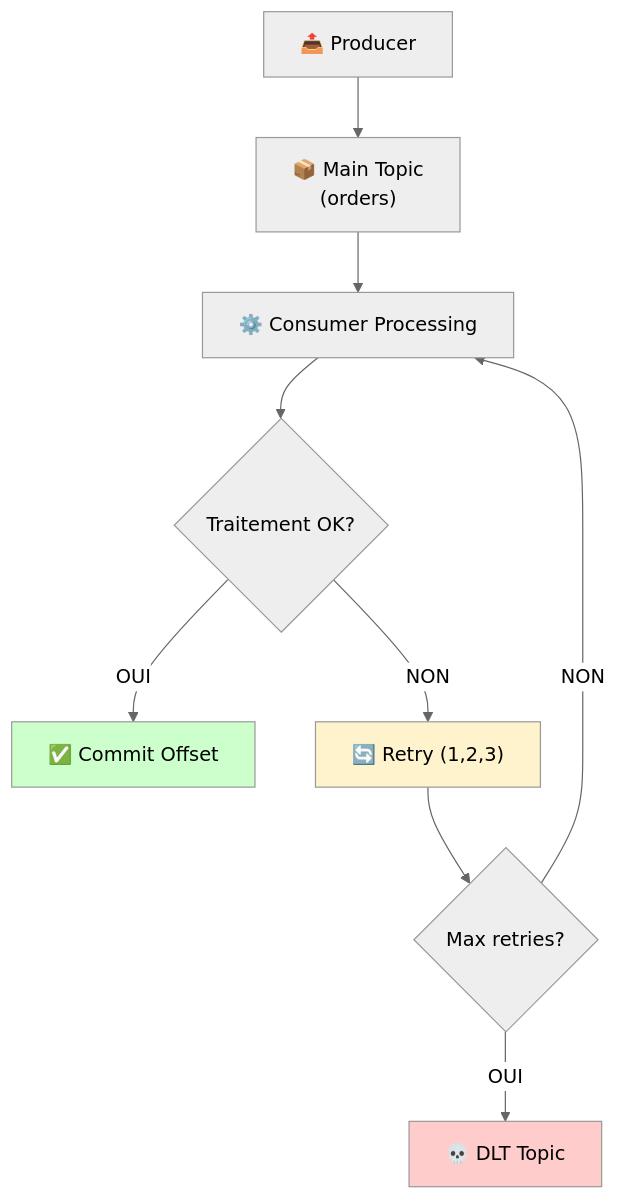
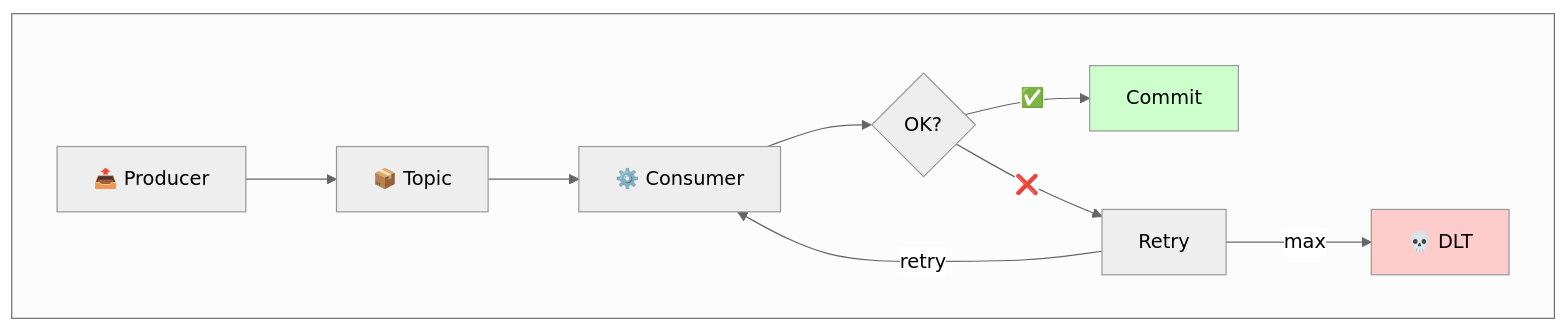
The first of 4 diagrams in formation-v2/day-02-development/module-04-advanced-patterns/README.md (msellamiTN/kafka-bhf), drawn with Mermaid (neutral theme) before and after one commit. The commit also changed other lines of this file and 4 other files, not shown here.

Commit message:
refactor: reorganize Mermaid diagrams - more compact and readable

````diff
--- a/formation-v2/day-02-development/module-04-advanced-patterns/README.md
+++ b/formation-v2/day-02-development/module-04-advanced-patterns/README.md
@@ -26,15 +26,15 @@
 ```mermaid
-flowchart TD
-    P["📤 Producer"] --> T["📦 Main Topic<br/>(orders)"]
-    T --> C["⚙️ Consumer Processing"]
-    C --> D{"Traitement OK?"}
-    D -->|OUI| CO["✅ Commit Offset"]
-    D -->|NON| R["🔄 Retry (1,2,3)"]
-    R --> MR{"Max retries?"}
-    MR -->|NON| C
-    MR -->|OUI| DLT["💀 DLT Topic"]
-    
+flowchart LR
+    subgraph flow[" "]
+        direction LR
+        P["📤 Producer"] --> T["📦 Topic"]
+        T --> C["⚙️ Consumer"]
+        C --> D{OK?}
+        D -->|✅| CO["Commit"]
+        D -->|❌| R["Retry"]
+        R -->|max| DLT["💀 DLT"]
+        R -->|retry| C
+    end
     style DLT fill:#ffcccc
     style CO fill:#ccffcc
-    style R fill:#fff3cd
 ```
````
